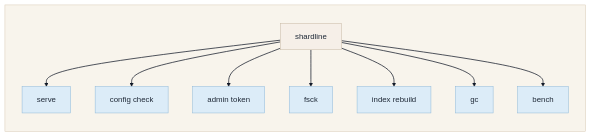
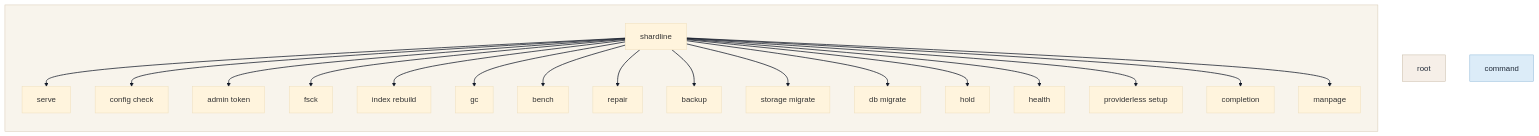
Before and after one commit to STEXS-Technologies/shardline: the second of 4 diagrams in docs/ARCHITECTURE.md, drawn with Mermaid (base theme). The commit also changed other lines of this file and 3 other files, not shown here.

````diff
--- a/docs/ARCHITECTURE.md
+++ b/docs/ARCHITECTURE.md
@@ -145,21 +145,30 @@
 ```mermaid
 flowchart TD
   subgraph Canvas[ ]
     direction TD
     Root[shardline]
     Root --> Serve[serve]
     Root --> Check[config check]
     Root --> Admin[admin token]
     Root --> Fsck[fsck]
     Root --> Rebuild[index rebuild]
     Root --> Gc[gc]
     Root --> Bench[bench]
+    Root --> Repair[repair]
+    Root --> Backup[backup]
+    Root --> Storage[storage migrate]
+    Root --> Db[db migrate]
+    Root --> Hold[hold]
+    Root --> Health[health]
+    Root --> Providerless[providerless setup]
+    Root --> Completion[completion]
+    Root --> Manpage[manpage]
   end
 
   style Canvas fill:#f8f4ec,stroke:#d7c9b2,color:#1f2937;
-  classDef root fill:#f6efe8,stroke:#c7b8a3,color:#1f2937;
-  classDef command fill:#dcecf8,stroke:#8db7d8,color:#1f2937;
+  style root fill:#f6efe8,stroke:#c7b8a3,color:#1f2937;
+  style command fill:#dcecf8,stroke:#8db7d8,color:#1f2937;
   class Root root;
-  class Serve,Check,Admin,Fsck,Rebuild,Gc,Bench command;
+  class Serve,Check,Admin,Fsck,Rebuild,Gc,Bench,Repair,Backup,Storage,Db,Hold,Health,Providerless,Completion,Manpage command;
   linkStyle default stroke:#111827,stroke-width:1.5px;
 ```
````
